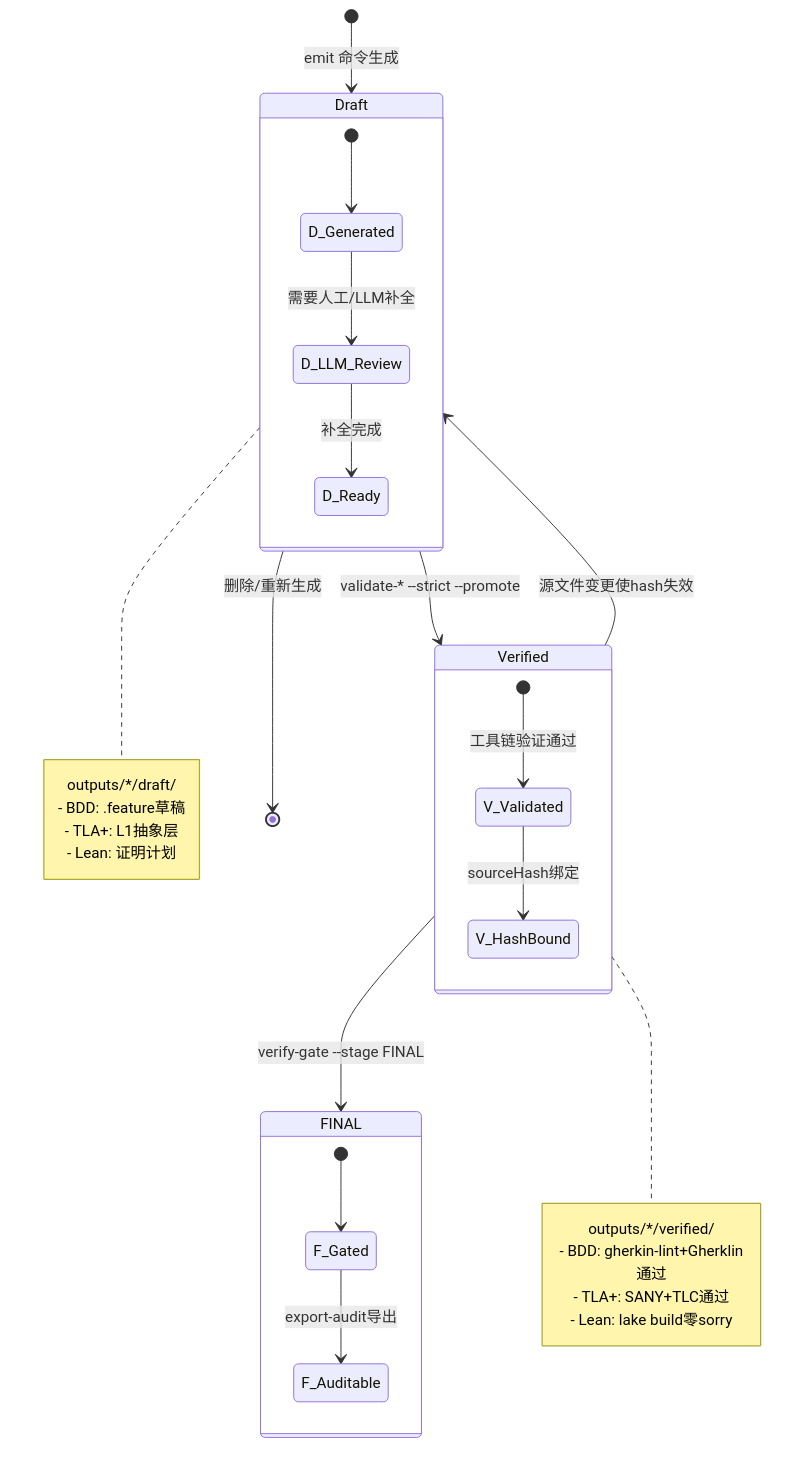
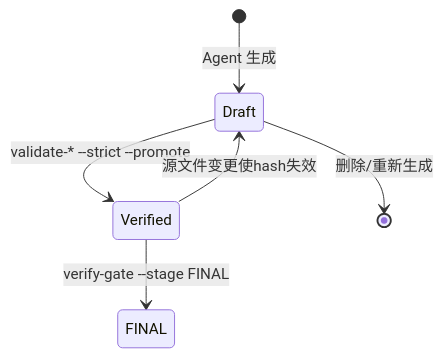
Before and after one commit to WangHHY19931001/SRS-Formalizer: the diagram in docs/DESIGN.md, drawn with Mermaid. The commit also changed other lines of this file and 1 other file, not shown here.

````diff
--- a/docs/DESIGN.md
+++ b/docs/DESIGN.md
@@ -552,35 +277,8 @@
 ```mermaid
 stateDiagram-v2
-    [*] --> Draft: emit 命令生成
+    [*] --> Draft: Agent 生成
     Draft --> Verified: validate-* --strict --promote
     Verified --> FINAL: verify-gate --stage FINAL
     Draft --> [*]: 删除/重新生成
     Verified --> Draft: 源文件变更使hash失效
-
-    state Draft {
-        [*] --> D_Generated
-        D_Generated --> D_LLM_Review: 需要人工/LLM补全
-        D_LLM_Review --> D_Ready: 补全完成
-    }
-    state Verified {
-        [*] --> V_Validated: 工具链验证通过
-        V_Validated --> V_HashBound: sourceHash绑定
-    }
-    state FINAL {
-        [*] --> F_Gated
-        F_Gated --> F_Auditable: export-audit导出
-    }
-
-    note right of Draft
-        outputs/*/draft/
-        - BDD: .feature草稿
-        - TLA+: L1抽象层
-        - Lean: 证明计划
-    end note
-    note right of Verified
-        outputs/*/verified/
-        - BDD: gherkin-lint+Gherklin通过
-        - TLA+: SANY+TLC通过
-        - Lean: lake build零sorry
-    end note
 ```
````
